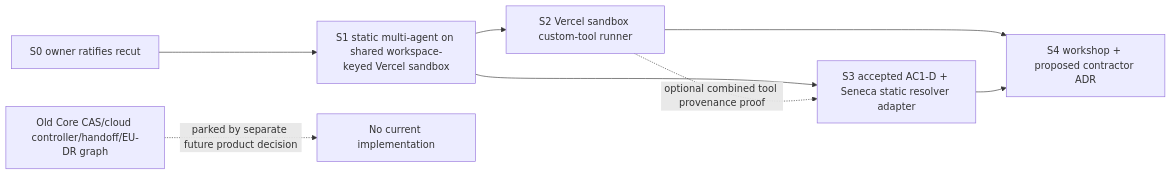
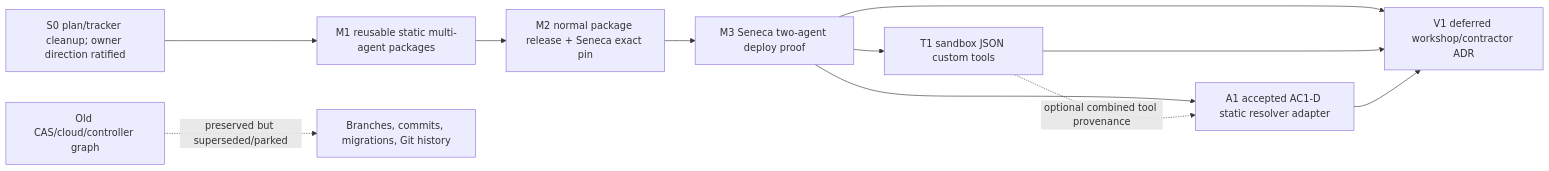
Before and after one commit to hachej/boring-ui: the diagram in docs/issues/391/runtime-refactor/AGENT-CLOUD-OWNERSHIP-RECUT.md, drawn with Mermaid. The commit also changed other lines of this file, not shown here.

Commit message:
docs(391): make static multi-agent packages priority one

````diff
--- a/docs/issues/391/runtime-refactor/AGENT-CLOUD-OWNERSHIP-RECUT.md
+++ b/docs/issues/391/runtime-refactor/AGENT-CLOUD-OWNERSHIP-RECUT.md
@@ -770,11 +669,14 @@
 ```mermaid
 flowchart LR
-  S0[S0 owner ratifies recut] --> S1[S1 static multi-agent on shared workspace-keyed Vercel sandbox]
-  S1 --> S2[S2 Vercel sandbox custom-tool runner]
-  S1 --> S3[S3 accepted AC1-D + Seneca static resolver adapter]
-  S2 -. optional combined tool provenance proof .-> S3
-  S2 --> S4[S4 workshop + proposed contractor ADR]
-  S3 --> S4
+  S0[S0 plan/tracker cleanup; owner direction ratified] --> M1[M1 reusable static multi-agent packages]
+  M1 --> M2[M2 normal package release + Seneca exact pin]
+  M2 --> M3[M3 Seneca two-agent deploy proof]
+  M3 --> T1[T1 sandbox JSON custom tools]
+  M3 --> A1[A1 accepted AC1-D static resolver adapter]
+  T1 -. optional combined tool provenance .-> A1
+  M3 --> V1[V1 deferred workshop/contractor ADR]
+  T1 --> V1
+  A1 --> V1
 
-  Cloud[Old Core CAS/cloud controller/handoff/EU-DR graph] -. parked by separate future product decision .-> None[No current implementation]
+  Old[Old CAS/cloud/controller graph] -. preserved but superseded/parked .-> History[Branches, commits, migrations, Git history]
 ```
````
